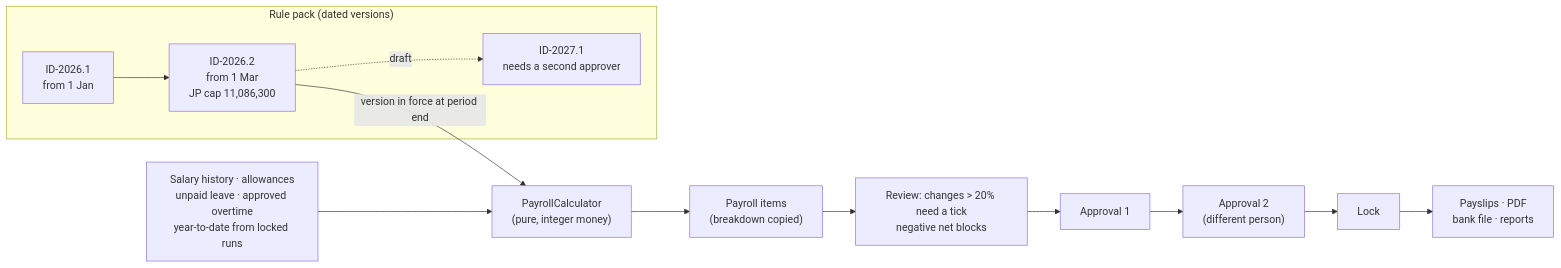
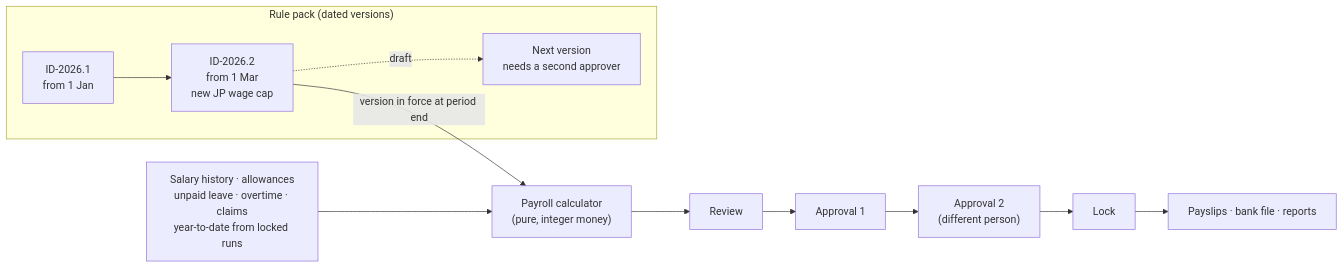
The diagram in README.md (geffaa/roster-hris), drawn with Mermaid before and after one commit. The commit also changed other lines of this file and 54 other files, not shown here.

````diff
--- a/README.md
+++ b/README.md
@@ -18,11 +42,10 @@
 ```mermaid
 flowchart LR
     subgraph Pack["Rule pack (dated versions)"]
-        V1["ID-2026.1<br/>from 1 Jan"] --> V2["ID-2026.2<br/>from 1 Mar<br/>JP cap 11,086,300"]
-        V2 -.draft.-> V3["ID-2027.1<br/>needs a second approver"]
+        V1["ID-2026.1<br/>from 1 Jan"] --> V2["ID-2026.2<br/>from 1 Mar<br/>new JP wage cap"]
+        V2 -.draft.-> V3["Next version<br/>needs a second approver"]
     end
-    Inputs["Salary history · allowances<br/>unpaid leave · approved overtime<br/>year-to-date from locked runs"] --> Calc
-    V2 -- "version in force at period end" --> Calc["PayrollCalculator<br/>(pure, integer money)"]
-    Calc --> Items["Payroll items<br/>(breakdown copied)"]
-    Items --> Review["Review: changes > 20% need a tick<br/>negative net blocks"] --> A1["Approval 1"] --> A2["Approval 2<br/>(different person)"] --> Lock["Lock"] --> Slips["Payslips · PDF<br/>bank file · reports"]
+    Inputs["Salary history · allowances<br/>unpaid leave · overtime · claims<br/>year-to-date from locked runs"] --> Calc
+    V2 -- "version in force at period end" --> Calc["Payroll calculator<br/>(pure, integer money)"]
+    Calc --> Review["Review"] --> A1["Approval 1"] --> A2["Approval 2<br/>(different person)"] --> Lock["Lock"] --> Out["Payslips · bank file · reports"]
 ```
````
